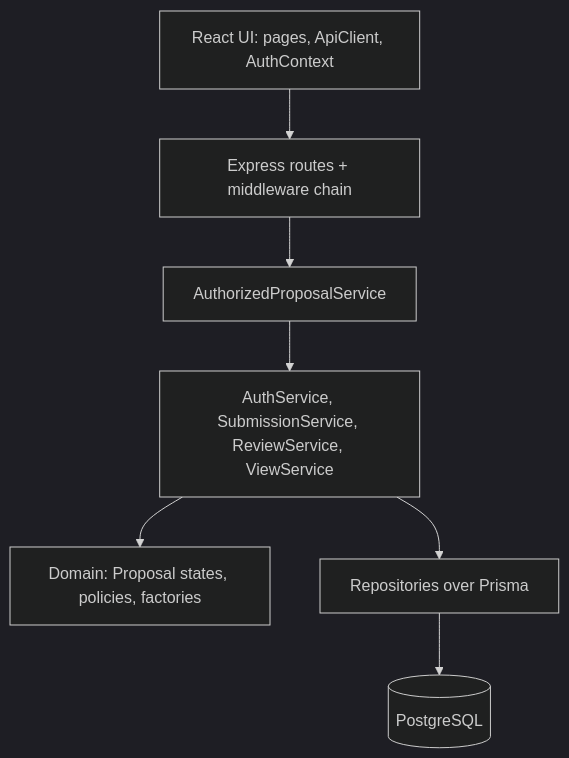
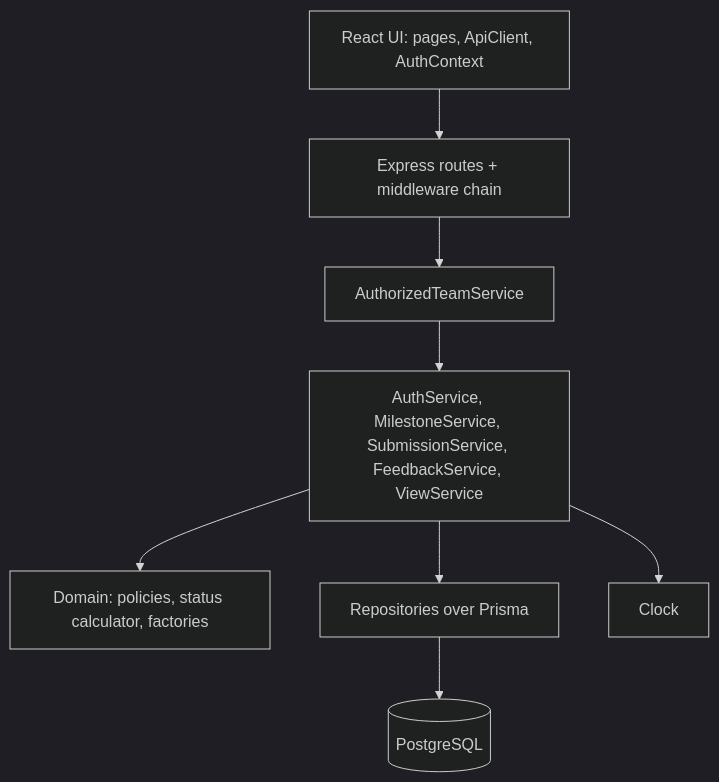
One commit to N0M3KM/CPMS changed the diagram in docs/sprints/sprint-1/architecture.md. Above: the diagram before and after it, drawn with Mermaid (dark theme). The commit also changed other lines of this file and 21 other files, not shown here.

````diff
--- a/docs/sprints/sprint-1/architecture.md
+++ b/docs/sprints/sprint-1/architecture.md
@@ -22,9 +31,10 @@
 ```mermaid
 flowchart TB
   UI[React UI: pages, ApiClient, AuthContext] --> Routes
-  Routes[Express routes + middleware chain] --> Proxy[AuthorizedProposalService]
-  Proxy --> Facades[AuthService, SubmissionService, ReviewService, ViewService]
-  Facades --> Domain[Domain: Proposal states, policies, factories]
+  Routes[Express routes + middleware chain] --> Proxy[AuthorizedTeamService]
+  Proxy --> Facades[AuthService, MilestoneService, SubmissionService, FeedbackService, ViewService]
+  Facades --> Domain[Domain: policies, status calculator, factories]
   Facades --> Repo[Repositories over Prisma]
+  Facades --> Clock[Clock]
   Repo --> DB[(PostgreSQL)]
 ```
````
